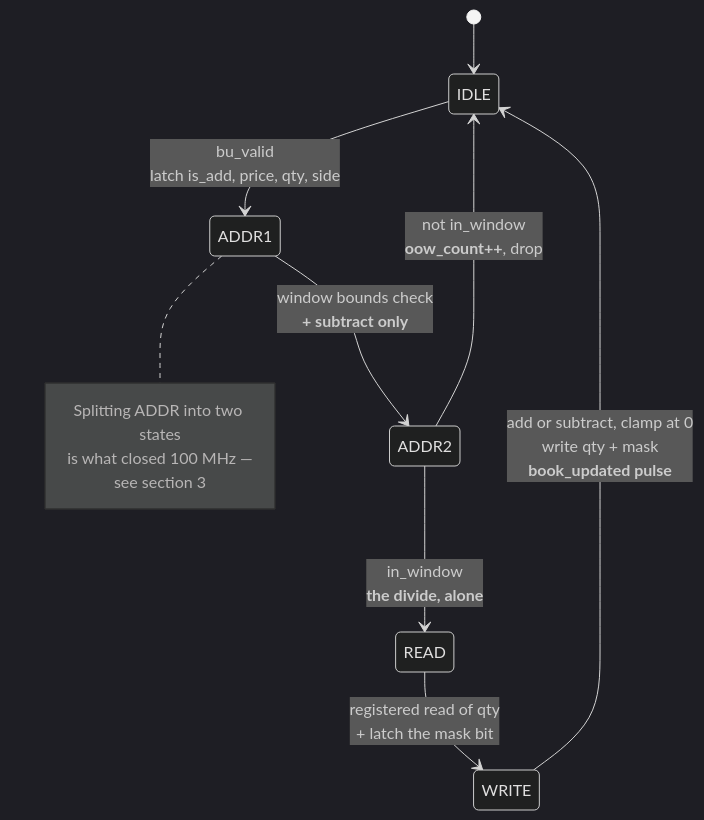
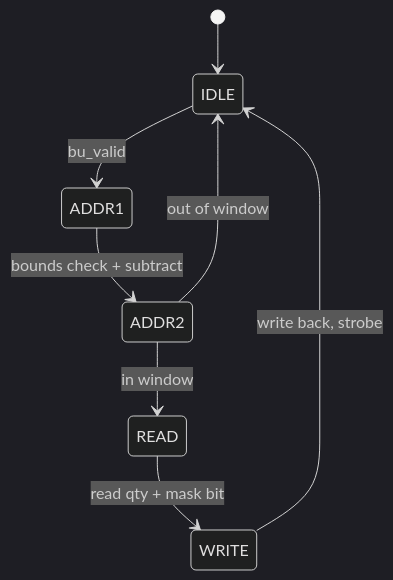
Before and after one commit to Rushmello369/fpga-feed-handler: the first of 5 diagrams in docs/diagrams/book_update.md, drawn with Mermaid (dark theme). The commit also changed other lines of this file and 12 other files, not shown here.

Commit message:
add diagrams for system and module architectures

````diff
--- a/docs/diagrams/book_update.md
+++ b/docs/diagrams/book_update.md
@@ -15,16 +15,10 @@
 ```mermaid
 stateDiagram-v2
     [*] --> IDLE
-    IDLE --> ADDR1 : bu_valid<br/>latch is_add, price, qty, side
-    ADDR1 --> ADDR2 : window bounds check<br/><b>+ subtract only</b>
-    ADDR2 --> READ : in_window<br/><b>the divide, alone</b>
-    ADDR2 --> IDLE : not in_window<br/><b>oow_count++</b>, drop
-    READ --> WRITE : registered read of qty<br/>+ latch the mask bit
-    WRITE --> IDLE : add or subtract, clamp at 0<br/>write qty + mask<br/><b>book_updated pulse</b>
-
-    note right of ADDR1
-        Splitting ADDR into two states
-        is what closed 100 MHz —
-        see section 3
-    end note
+    IDLE --> ADDR1: bu_valid
+    ADDR1 --> ADDR2: bounds check + subtract
+    ADDR2 --> READ: in window
+    ADDR2 --> IDLE: out of window
+    READ --> WRITE: read qty + mask bit
+    WRITE --> IDLE: write back, strobe
 ```
````
